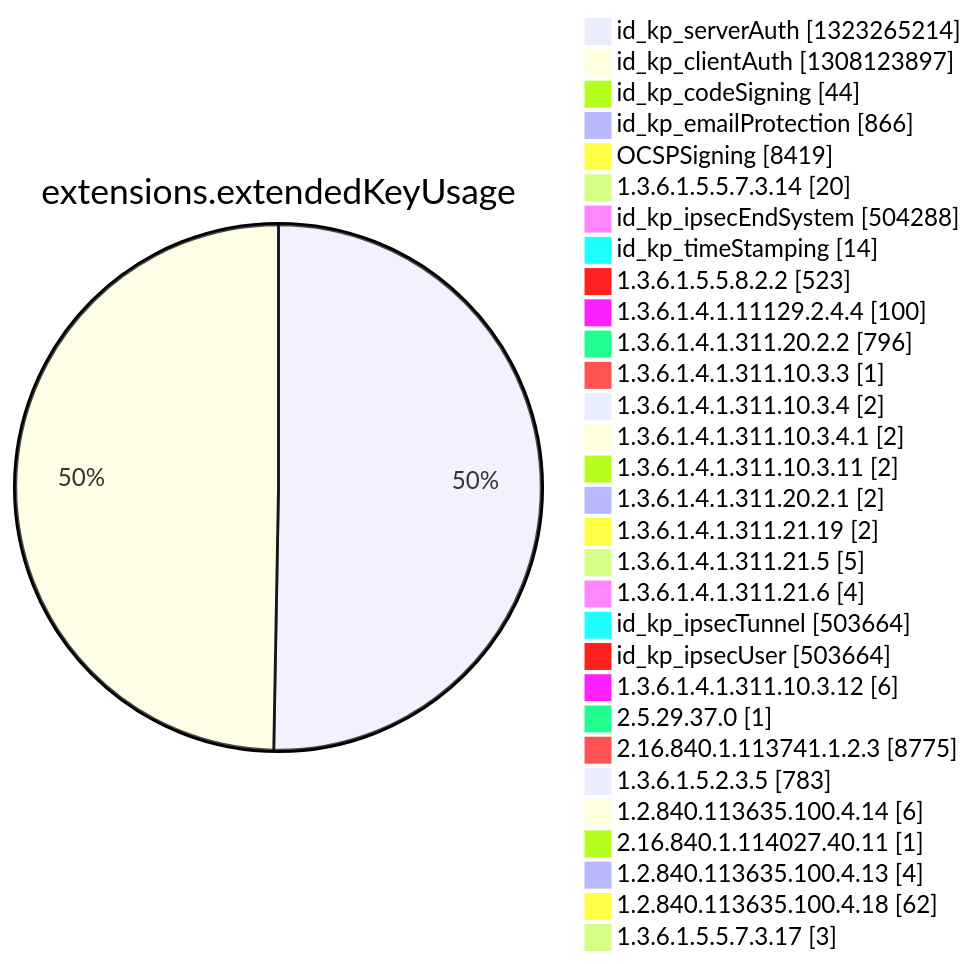
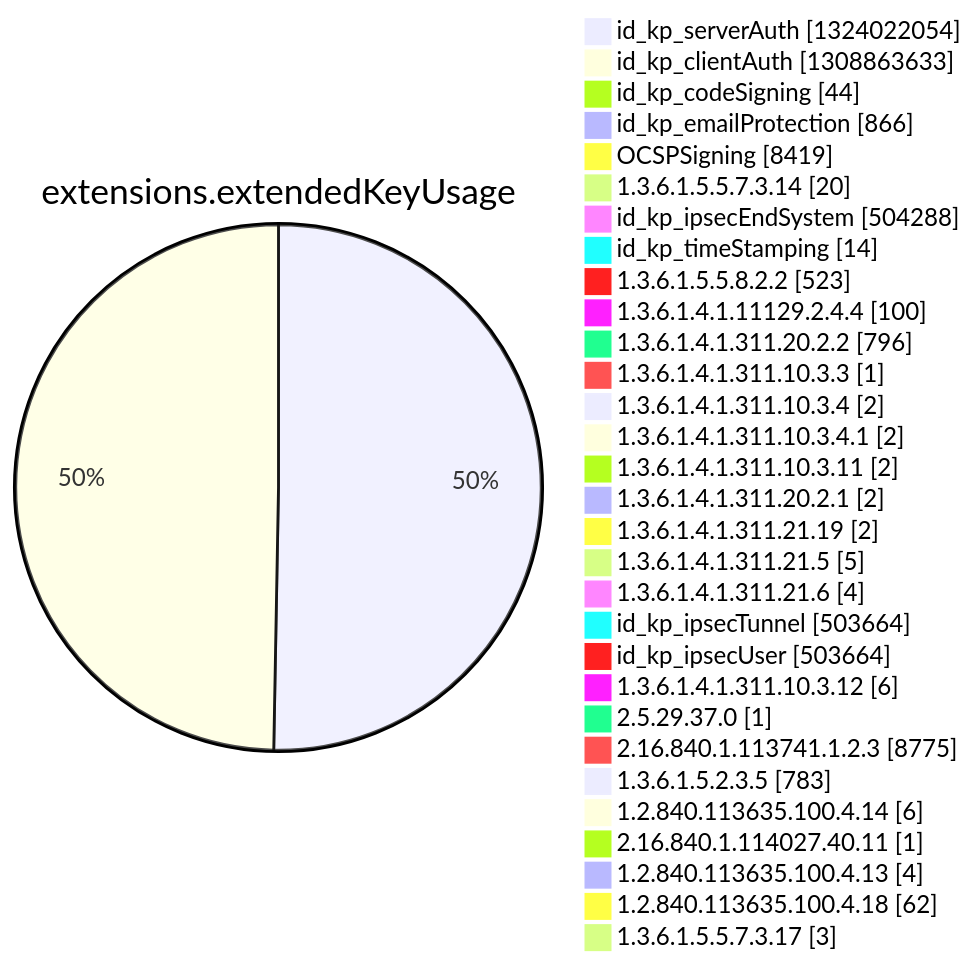
Diagram 12 of 15 in argon2022/README.md (christiankrug/ctmonitor_visualization), drawn with Mermaid before and after one commit. The commit also changed other lines of this file, not shown here.

````diff
--- a/argon2022/README.md
+++ b/argon2022/README.md
@@ -3553,34 +3553,34 @@
 ```mermaid
 pie showData
 title extensions.extendedKeyUsage
-"id_kp_serverAuth" :1323265214
-"id_kp_clientAuth" :1308123897
+"id_kp_serverAuth" :1324022054
+"id_kp_clientAuth" :1308863633
 "id_kp_codeSigning" :44
 "id_kp_emailProtection" :866
 "OCSPSigning" :8419
 "1.3.6.1.5.5.7.3.14" :20
 "id_kp_ipsecEndSystem" :504288
 "id_kp_timeStamping" :14
 "1.3.6.1.5.5.8.2.2" :523
 "1.3.6.1.4.1.11129.2.4.4" :100
 "1.3.6.1.4.1.311.20.2.2" :796
 "1.3.6.1.4.1.311.10.3.3" :1
 "1.3.6.1.4.1.311.10.3.4" :2
 "1.3.6.1.4.1.311.10.3.4.1" :2
 "1.3.6.1.4.1.311.10.3.11" :2
 "1.3.6.1.4.1.311.20.2.1" :2
 "1.3.6.1.4.1.311.21.19" :2
 "1.3.6.1.4.1.311.21.5" :5
 "1.3.6.1.4.1.311.21.6" :4
 "id_kp_ipsecTunnel" :503664
 "id_kp_ipsecUser" :503664
 "1.3.6.1.4.1.311.10.3.12" :6
 "2.5.29.37.0" :1
 "2.16.840.1.113741.1.2.3" :8775
 "1.3.6.1.5.2.3.5" :783
 "1.2.840.113635.100.4.14" :6
 "2.16.840.1.114027.40.11" :1
 "1.2.840.113635.100.4.13" :4
 "1.2.840.113635.100.4.18" :62
 "1.3.6.1.5.5.7.3.17" :3
 ```
````
